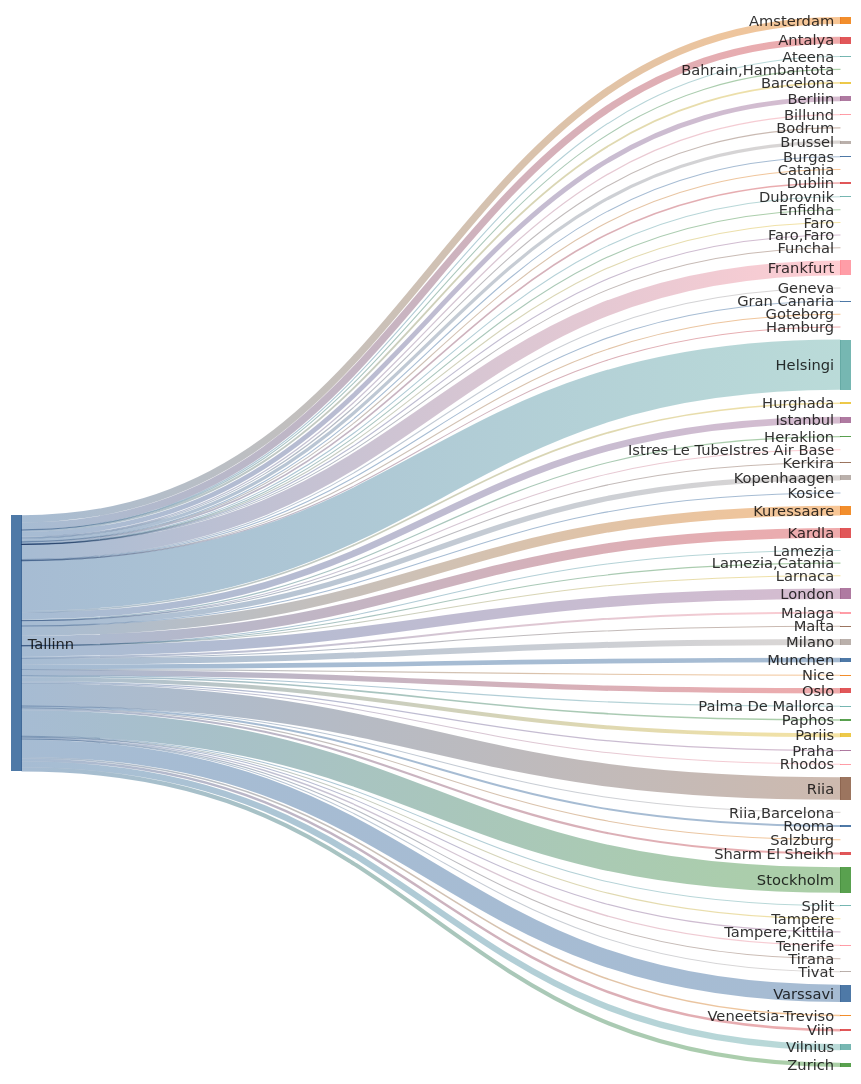
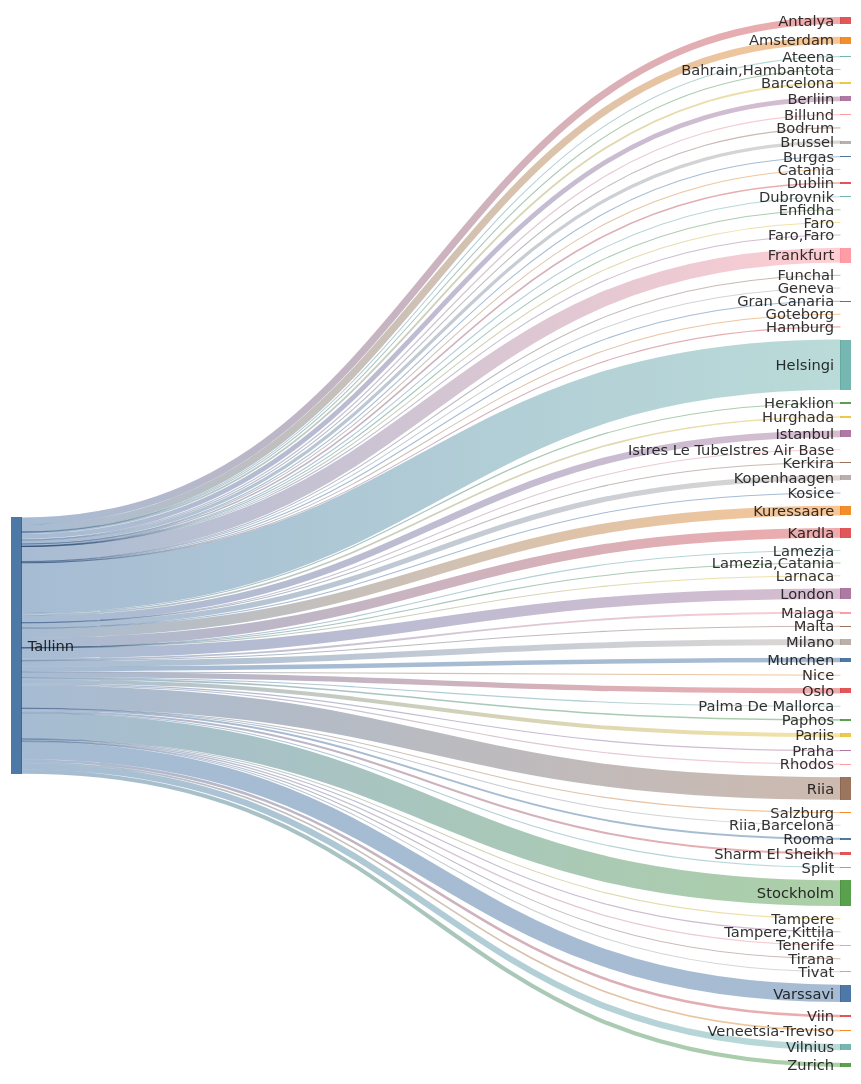
One commit to rainermesi/tll-airport-departures changed the second of 2 diagrams in README.md. Above: the diagram before and after it, drawn with Mermaid. The commit also changed other lines of this file, not shown here.

````diff
--- a/README.md
+++ b/README.md
@@ -34,77 +34,77 @@
 ```mermaid
 ---
 config:
   sankey:
     showValues: false
     width: 800
     height: 1000
 ---
 sankey-beta
 %% source,target,value
-Tallinn,Amsterdam,279
-Tallinn,Antalya,278
+Tallinn,Amsterdam,281
+Tallinn,Antalya,279
 Tallinn,Ateena,16
 Tallinn,"Bahrain,Hambantota",1
 Tallinn,Barcelona,73
-Tallinn,Berliin,188
+Tallinn,Berliin,189
 Tallinn,Billund,49
 Tallinn,Bodrum,11
 Tallinn,Brussel,126
 Tallinn,Burgas,21
 Tallinn,Catania,2
 Tallinn,Dublin,64
 Tallinn,Dubrovnik,21
 Tallinn,Enfidha,7
 Tallinn,Faro,4
 Tallinn,"Faro,Faro",1
-Tallinn,Frankfurt,582
+Tallinn,Frankfurt,585
 Tallinn,Funchal,5
 Tallinn,Geneva,11
 Tallinn,Gran Canaria,35
 Tallinn,Goteborg,1
 Tallinn,Hamburg,1
-Tallinn,Helsingi,1969
+Tallinn,Helsingi,1977
 Tallinn,Heraklion,46
-Tallinn,Hurghada,66
-Tallinn,Istanbul,263
+Tallinn,Hurghada,67
+Tallinn,Istanbul,264
 Tallinn,Istres Le TubeIstres Air Base,2
 Tallinn,Kerkira,4
-Tallinn,Kopenhaagen,207
+Tallinn,Kopenhaagen,208
 Tallinn,Kosice,1
-Tallinn,Kuressaare,383
-Tallinn,Kardla,383
+Tallinn,Kuressaare,385
+Tallinn,Kardla,385
 Tallinn,Lamezia,1
 Tallinn,"Lamezia,Catania",3
 Tallinn,Larnaca,4
-Tallinn,London,412
-Tallinn,Malaga,76
+Tallinn,London,414
+Tallinn,Malaga,77
 Tallinn,Malta,15
-Tallinn,Milano,234
+Tallinn,Milano,235
 Tallinn,Munchen,179
 Tallinn,Nice,25
-Tallinn,Oslo,209
+Tallinn,Oslo,210
 Tallinn,Palma De Mallorca,19
-Tallinn,Paphos,62
-Tallinn,Pariis,156
+Tallinn,Paphos,63
+Tallinn,Pariis,157
 Tallinn,Praha,49
 Tallinn,Rhodos,32
-Tallinn,Riia,884
+Tallinn,Riia,888
 Tallinn,"Riia,Barcelona",1
 Tallinn,Rooma,77
 Tallinn,Salzburg,12
 Tallinn,Sharm El Sheikh,83
 Tallinn,Split,25
-Tallinn,Stockholm,1002
+Tallinn,Stockholm,1007
 Tallinn,Tampere,17
 Tallinn,"Tampere,Kittila",18
-Tallinn,Tenerife,53
+Tallinn,Tenerife,54
 Tallinn,Tirana,8
 Tallinn,Tivat,26
-Tallinn,Varssavi,678
-Tallinn,Veneetsia-Treviso,63
-Tallinn,Viin,100
-Tallinn,Vilnius,242
-Tallinn,Zurich,161
+Tallinn,Varssavi,682
+Tallinn,Veneetsia-Treviso,64
+Tallinn,Viin,101
+Tallinn,Vilnius,243
+Tallinn,Zurich,162
 
 
 ```
````
